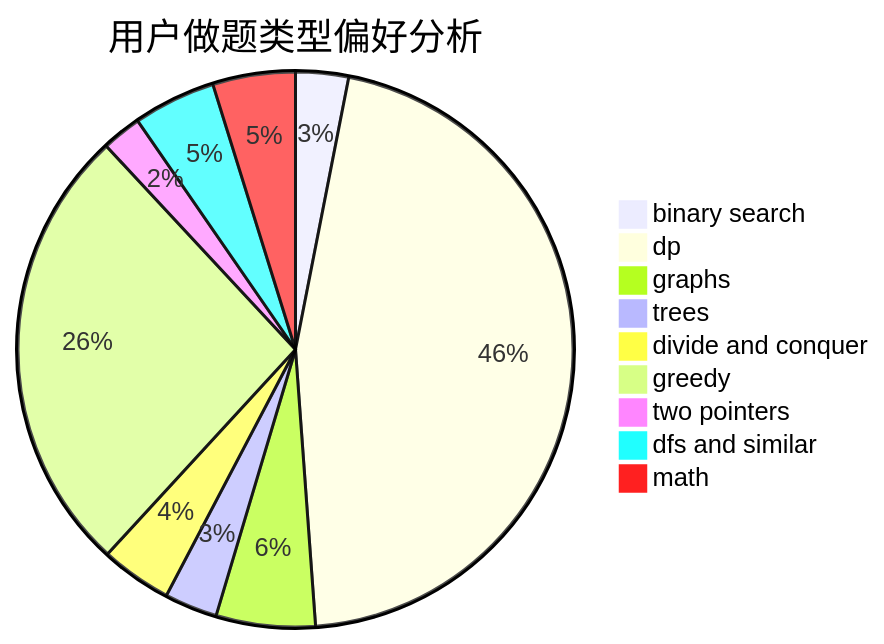
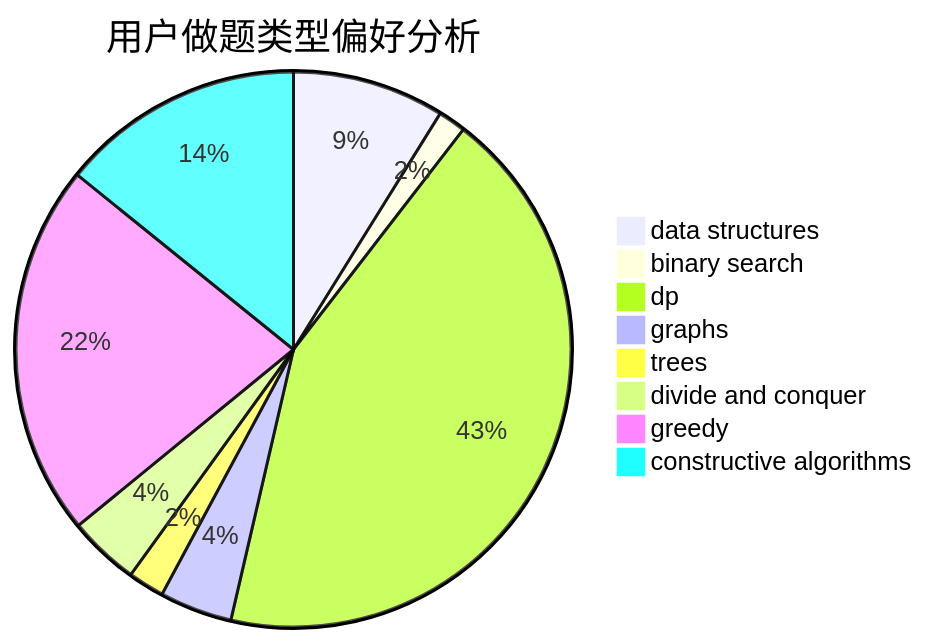
One commit to sherpahu/cfrs.github.io changed the second of 3 diagrams in docs/user/u625.md. Above: the diagram before and after it, drawn with Mermaid. The commit also changed other lines of this file and 2775 other files, not shown here.

````diff
--- a/docs/user/u625.md
+++ b/docs/user/u625.md
@@ -23,12 +23,11 @@
 ```mermaid
 pie title 用户做题类型偏好分析
-    "binary search" :  32
-    "dp" :  476
-    "graphs" :  60
-    "trees" :  32
-    "divide and conquer" :  43
-    "greedy" :  273
-    "two pointers" :  24
-    "dfs and similar" :  50
-    "math" :  50
+    "data structures" :  88
+    "binary search" :  16
+    "dp" :  429
+    "graphs" :  42
+    "trees" :  21
+    "divide and conquer" :  41
+    "greedy" :  216
+    "constructive algorithms" :  141
 ```
````
